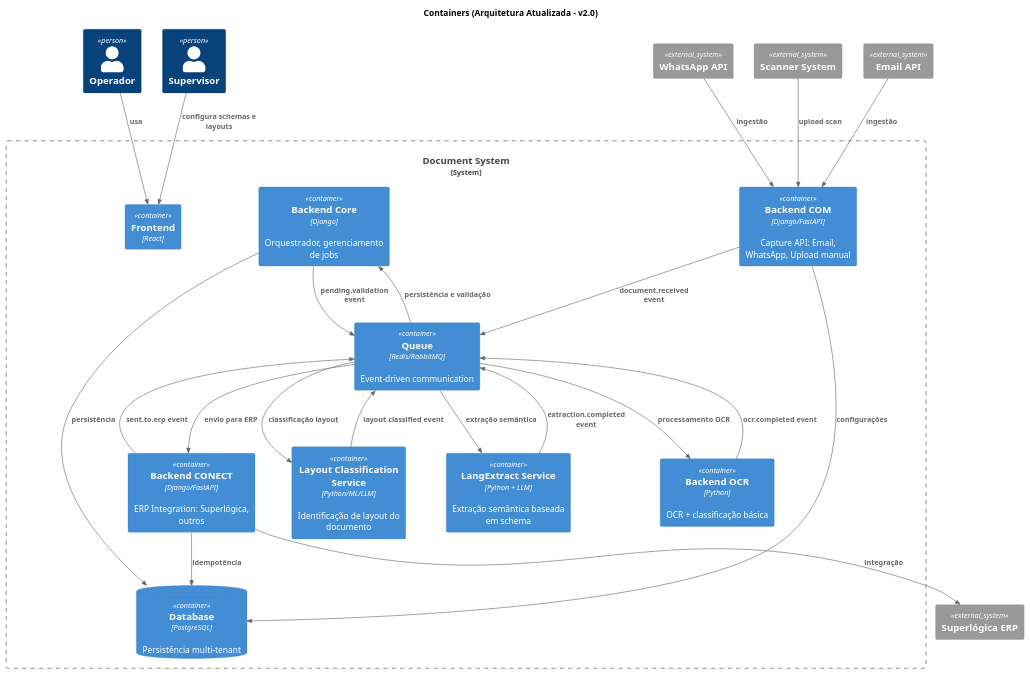
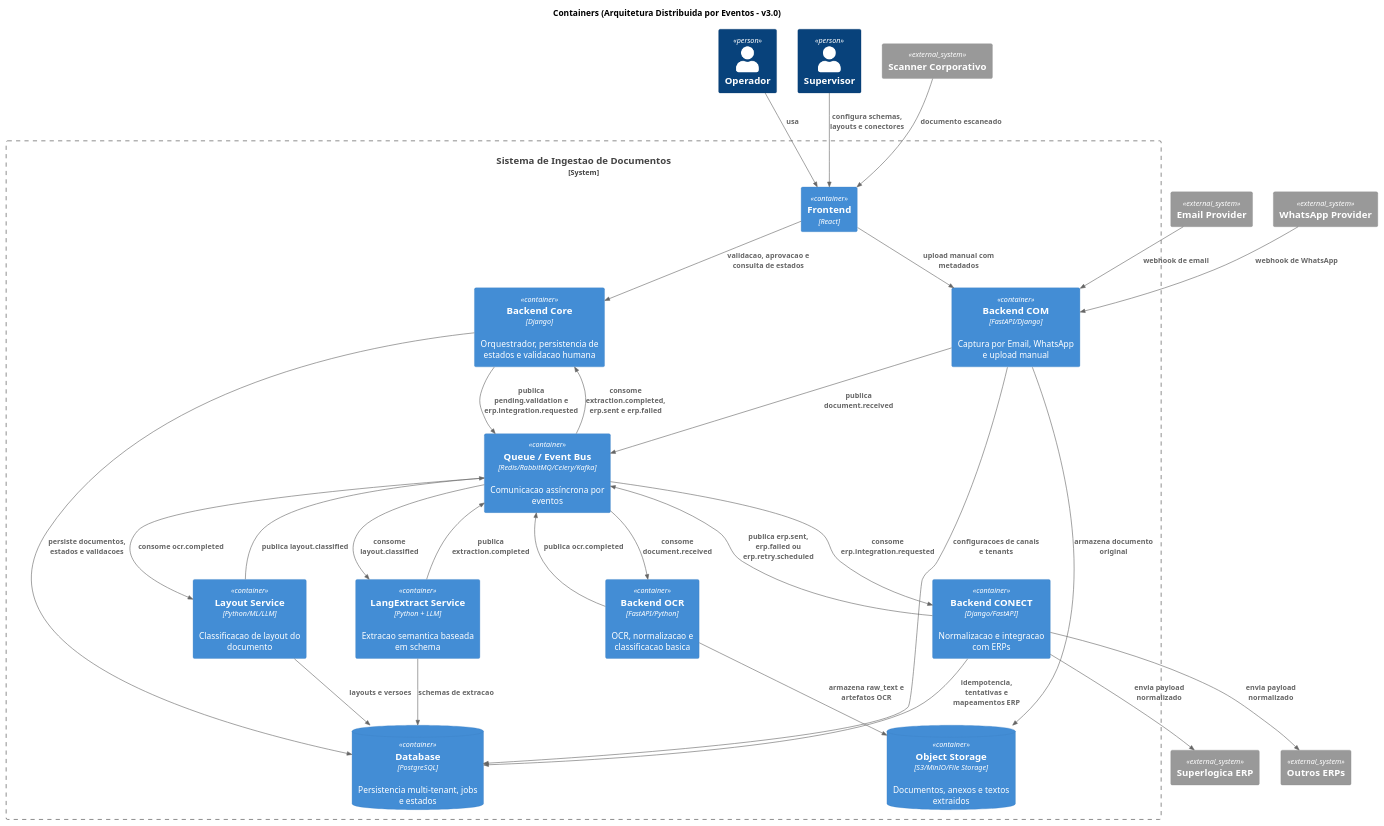
Before and after one commit to InnoVoxAI/docuparser: the diagram in docs/specs/containers.puml, drawn with PlantUML. The commit also changed 8 other files, not shown here.

```diff
--- a/docs/specs/containers.puml
+++ b/docs/specs/containers.puml
@@ -1,56 +1,65 @@
 @startuml
 !includeurl https://raw.githubusercontent.com/plantuml-stdlib/C4-PlantUML/master/C4_Container.puml
 
-title Containers (Arquitetura Atualizada - v2.0)
+title Containers (Arquitetura Distribuida por Eventos - v3.0)
 
 Person(operator, "Operador")
 Person(supervisor, "Supervisor")
 
-System_Boundary(system, "Document System") {
+System_Boundary(system, "Sistema de Ingestao de Documentos") {
 
     Container(frontend, "Frontend", "React")
-    Container(core, "Backend Core", "Django", "Orquestrador, gerenciamento de jobs")
-    Container(com, "Backend COM", "Django/FastAPI", "Capture API: Email, WhatsApp, Upload manual")
-    Container(ocr, "Backend OCR", "Python", "OCR + classificação básica")
-    Container(conect, "Backend CONECT", "Django/FastAPI", "ERP Integration: Superlógica, outros")
-    Container(layout, "Layout Classification Service", "Python/ML/LLM", "Identificação de layout do documento")
-    Container(langextract, "LangExtract Service", "Python + LLM", "Extração semântica baseada em schema")
-    Container(queue, "Queue", "Redis/RabbitMQ", "Event-driven communication")
-    ContainerDb(db, "Database", "PostgreSQL", "Persistência multi-tenant")
+    Container(core, "Backend Core", "Django", "Orquestrador, persistencia de estados e validacao humana")
+    Container(com, "Backend COM", "FastAPI/Django", "Captura por Email, WhatsApp e upload manual")
+    Container(ocr, "Backend OCR", "FastAPI/Python", "OCR, normalizacao e classificacao basica")
+    Container(layout, "Layout Service", "Python/ML/LLM", "Classificacao de layout do documento")
+    Container(langextract, "LangExtract Service", "Python + LLM", "Extracao semantica baseada em schema")
+    Container(conect, "Backend CONECT", "Django/FastAPI", "Normalizacao e integracao com ERPs")
+    Container(queue, "Queue / Event Bus", "Redis/RabbitMQ/Celery/Kafka", "Comunicacao assíncrona por eventos")
+    ContainerDb(db, "Database", "PostgreSQL", "Persistencia multi-tenant, jobs e estados")
+    ContainerDb(storage, "Object Storage", "S3/MinIO/File Storage", "Documentos, anexos e textos extraidos")
 }
 
-System_Ext(email, "Email API")
-System_Ext(whatsapp, "WhatsApp API")
-System_Ext(scanner, "Scanner System")
-System_Ext(superlogica, "Superlógica ERP")
+System_Ext(email, "Email Provider")
+System_Ext(whatsapp, "WhatsApp Provider")
+System_Ext(scanner, "Scanner Corporativo")
+System_Ext(superlogica, "Superlogica ERP")
+System_Ext(other_erp, "Outros ERPs")
 
 Rel(operator, frontend, "usa")
-Rel(supervisor, frontend, "configura schemas e layouts")
+Rel(supervisor, frontend, "configura schemas, layouts e conectores")
 
-Rel(email, com, "ingestão")
-Rel(whatsapp, com, "ingestão")
-Rel(scanner, com, "upload scan")
+Rel(email, com, "webhook de email")
+Rel(whatsapp, com, "webhook de WhatsApp")
+Rel(scanner, frontend, "documento escaneado")
+Rel(frontend, com, "upload manual com metadados")
+Rel(frontend, core, "validacao, aprovacao e consulta de estados")
 
-Rel(com, queue, "document.received event")
+Rel(com, storage, "armazena documento original")
+Rel(com, queue, "publica document.received")
 
-Rel(queue, ocr, "processamento OCR")
-Rel(ocr, queue, "ocr.completed event")
+Rel(queue, ocr, "consome document.received")
+Rel(ocr, storage, "armazena raw_text e artefatos OCR")
+Rel(ocr, queue, "publica ocr.completed")
 
-Rel(queue, layout, "classificação layout")
-Rel(layout, queue, "layout.classified event")
+Rel(queue, layout, "consome ocr.completed")
+Rel(layout, queue, "publica layout.classified")
 
-Rel(queue, langextract, "extração semântica")
-Rel(langextract, queue, "extraction.completed event")
+Rel(queue, langextract, "consome layout.classified")
+Rel(langextract, queue, "publica extraction.completed")
 
-Rel(queue, core, "persistência e validação")
-Rel(core, queue, "pending.validation event")
+Rel(queue, core, "consome extraction.completed, erp.sent e erp.failed")
+Rel(core, db, "persiste documentos, estados e validacoes")
+Rel(core, queue, "publica pending.validation e erp.integration.requested")
 
-Rel(queue, conect, "envio para ERP")
-Rel(conect, superlogica, "integração")
-Rel(conect, queue, "sent.to.erp event")
+Rel(queue, conect, "consome erp.integration.requested")
+Rel(conect, db, "idempotencia, tentativas e mapeamentos ERP")
+Rel(conect, superlogica, "envia payload normalizado")
+Rel(conect, other_erp, "envia payload normalizado")
+Rel(conect, queue, "publica erp.sent, erp.failed ou erp.retry.scheduled")
 
-Rel(core, db, "persistência")
-Rel(com, db, "configurações")
-Rel(conect, db, "idempotência")
+Rel(com, db, "configuracoes de canais e tenants")
+Rel(layout, db, "layouts e versoes")
+Rel(langextract, db, "schemas de extracao")
 
 @enduml
```
